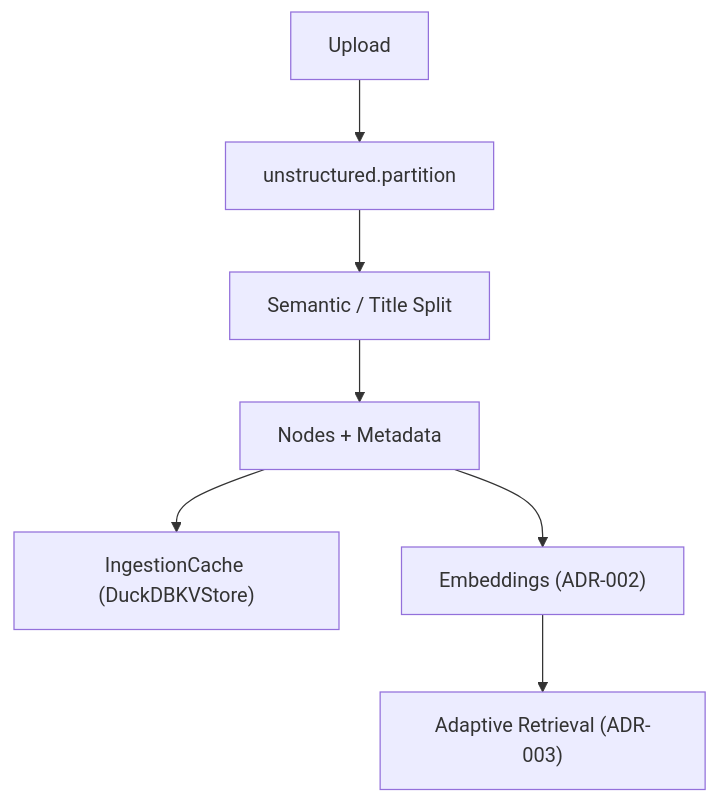
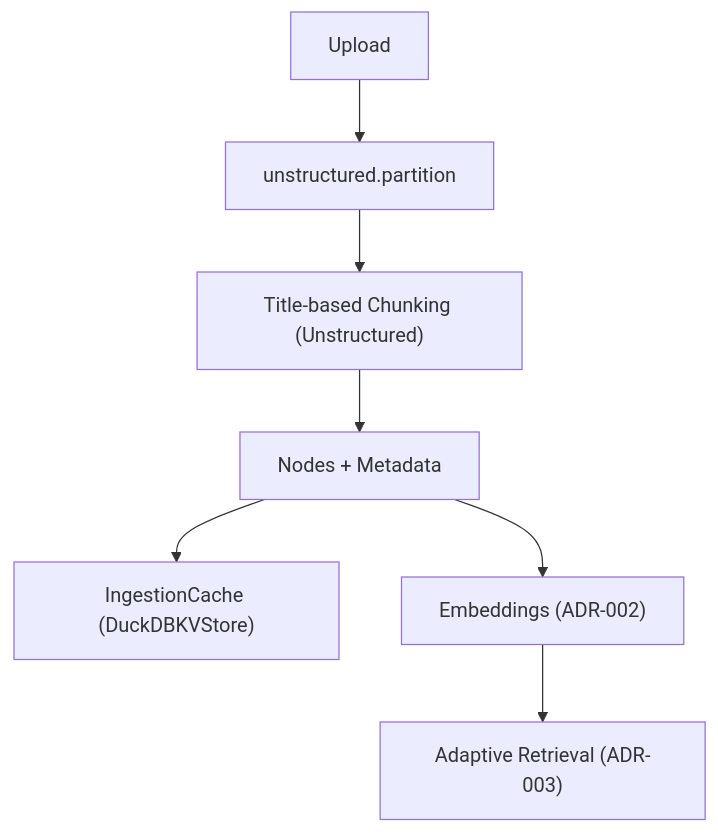
Before and after one commit to BjornMelin/docmind-ai-llm: the diagram in docs/developers/adrs/ADR-009-document-processing-pipeline.md, drawn with Mermaid. The commit also changed other lines of this file and 24 other files, not shown here.

````diff
--- a/docs/developers/adrs/ADR-009-document-processing-pipeline.md
+++ b/docs/developers/adrs/ADR-009-document-processing-pipeline.md
@@ -53,9 +53,9 @@
 ```mermaid
 graph TD
   U["Upload"] --> P["unstructured.partition"]
-  P --> S["Semantic / Title Split"]
+  P --> S["Title-based Chunking (Unstructured)"]
   S --> N["Nodes + Metadata"]
   N --> C["IngestionCache (DuckDBKVStore)"]
   N --> E["Embeddings (ADR-002)"]
   E --> R["Adaptive Retrieval (ADR-003)"]
 ```
````
